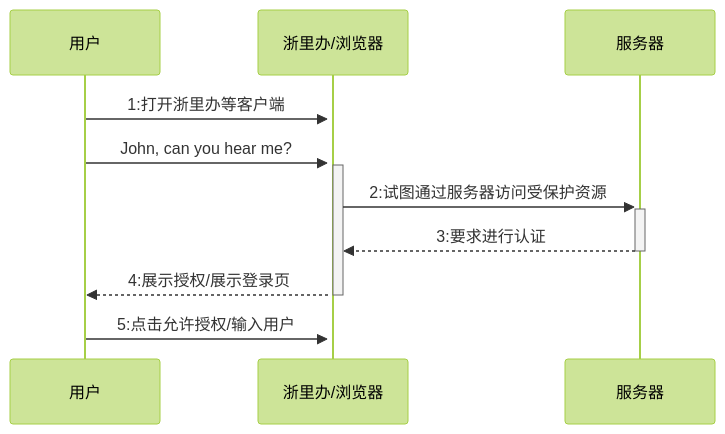
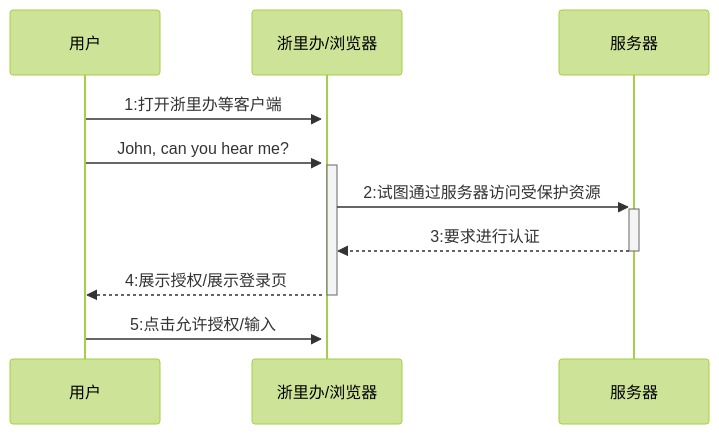
The diagram in all/居民端时序图.md (fifuntop/iodraw-files), drawn with Mermaid (forest theme) before and after one commit.

Commit message:
2024-03-14 14:57:04 update

````diff
--- a/all/居民端时序图.md
+++ b/all/居民端时序图.md
@@ -1,10 +1,10 @@
 ```mermaid
 sequenceDiagram
     用户->>+浙里办/浏览器: 1:打开浙里办等客户端
     用户->>+浙里办/浏览器: John, can you hear me?
     浙里办/浏览器->>+服务器: 2:试图通过服务器访问受保护资源
     服务器-->>-浙里办/浏览器: 3:要求进行认证
     浙里办/浏览器-->>-用户: 4:展示授权/展示登录页
-    用户->>+浙里办/浏览器: 5:点击允许授权/输入用户
+    用户->>+浙里办/浏览器: 5:点击允许授权/输入
             
 ```
````
